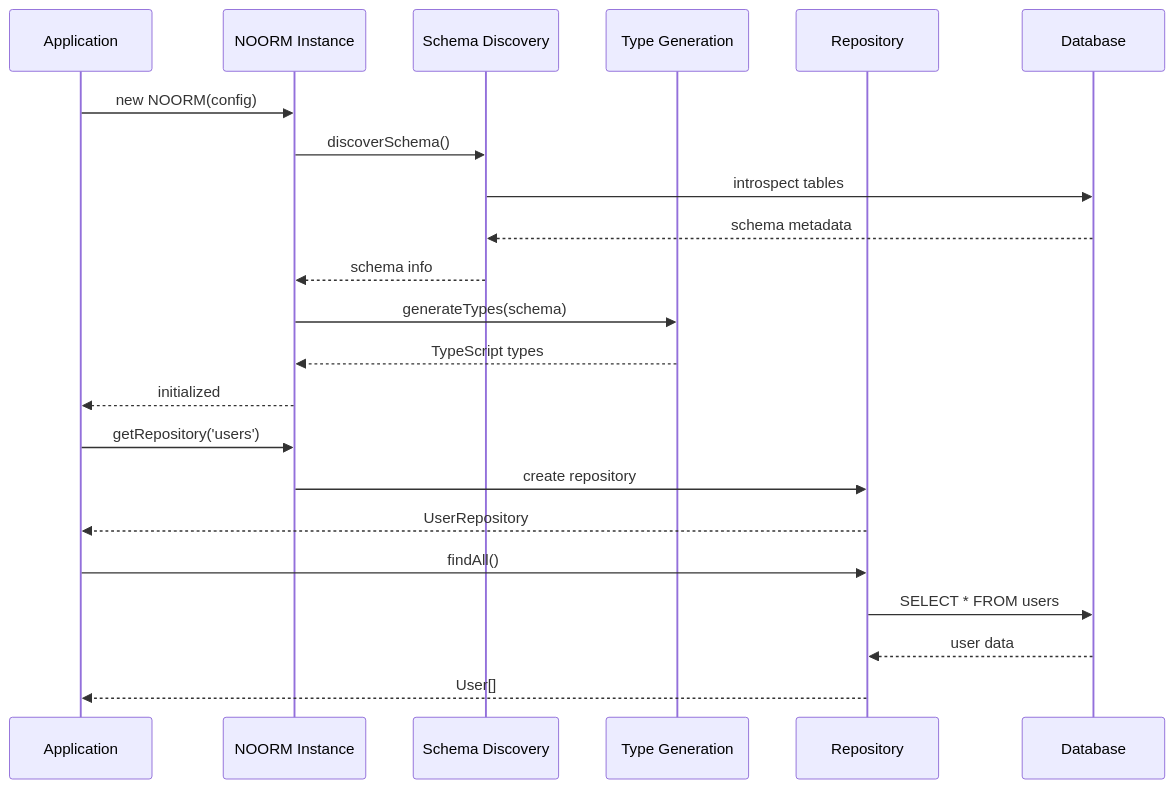
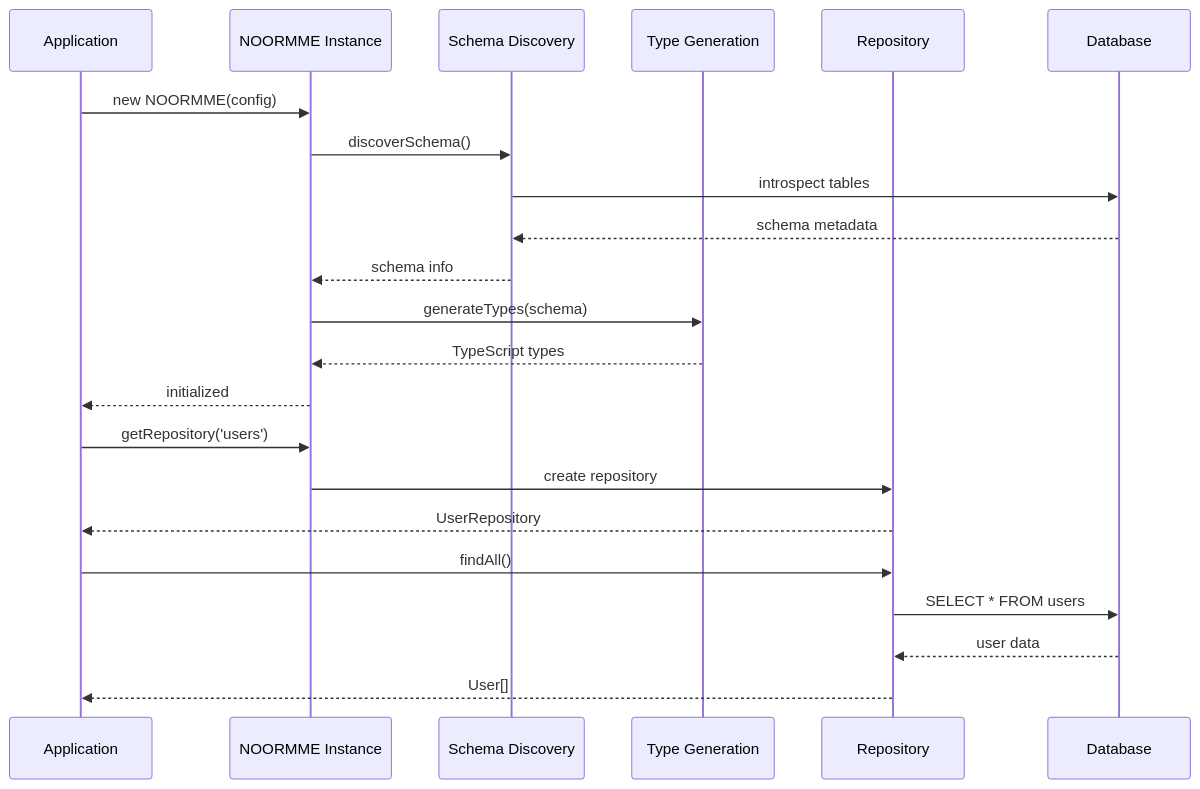
The second of 12 diagrams in architecture-proposal/ARCHITECTURE_DIAGRAM.md (CardSorting/DreamBeeSQL), drawn with Mermaid before and after one commit. The commit also changed other lines of this file and 16 other files, not shown here.

````diff
--- a/architecture-proposal/ARCHITECTURE_DIAGRAM.md
+++ b/architecture-proposal/ARCHITECTURE_DIAGRAM.md
@@ -54,27 +67,27 @@
 ```mermaid
 sequenceDiagram
     participant App as Application
-    participant NOORM as NOORM Instance
+    participant NOORM as NOORMME Instance
     participant SD as Schema Discovery
     participant TG as Type Generation
     participant REPO as Repository
     participant DB as Database
     
-    App->>NOORM: new NOORM(config)
+    App->>NOORM: new NOORMME(config)
     NOORM->>SD: discoverSchema()
     SD->>DB: introspect tables
     DB-->>SD: schema metadata
     SD-->>NOORM: schema info
     NOORM->>TG: generateTypes(schema)
     TG-->>NOORM: TypeScript types
     NOORM-->>App: initialized
     
     App->>NOORM: getRepository('users')
     NOORM->>REPO: create repository
     REPO-->>App: UserRepository
     
     App->>REPO: findAll()
     REPO->>DB: SELECT * FROM users
     DB-->>REPO: user data
     REPO-->>App: User[]
 ```
````
